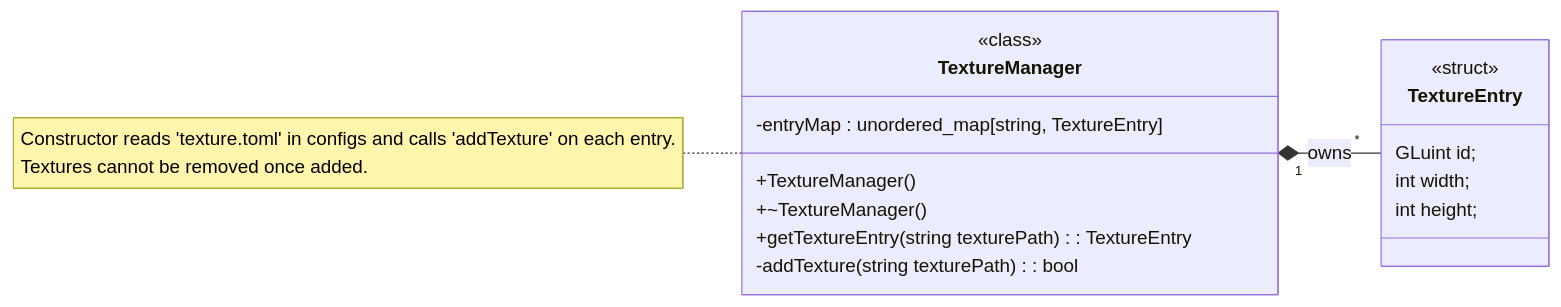
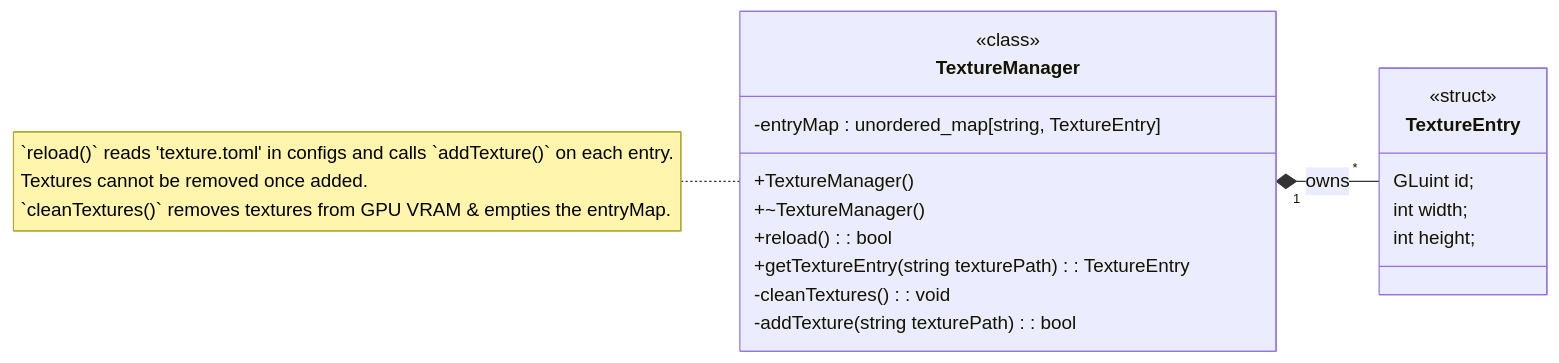
Before and after one commit to Janus9/GLUT-Gladiator: the first of 2 diagrams in documentation/texture_manager/TextureManager.md, drawn with Mermaid. The commit also changed other lines of this file, not shown here.

Commit message:
Updated TextureManager documentation to match revisions from yesterday

````diff
--- a/documentation/texture_manager/TextureManager.md
+++ b/documentation/texture_manager/TextureManager.md
@@ -4,24 +4,27 @@
 ``` mermaid
     classDiagram
         direction LR
         class TextureEntry {
             <<struct>>
             GLuint id;
             int width;
             int height;
         }
 
         class TextureManager {
             <<class>>
             +TextureManager()
             +~TextureManager()
+            +reload() : bool
             +getTextureEntry(string texturePath) : TextureEntry 
 
+            -cleanTextures() : void
             -addTexture(string texturePath) : bool
             -entryMap : unordered_map[string, TextureEntry]
         } 
-        note for TextureManager "Constructor reads 'texture.toml' in configs and calls 'addTexture' on each entry.
-        Textures cannot be removed once added."
+        note for TextureManager "`reload()` reads 'texture.toml' in configs and calls `addTexture()` on each entry.
+        Textures cannot be removed once added.
+        `cleanTextures()` removes textures from GPU VRAM & empties the entryMap."
 
         TextureManager "1" *-- "*" TextureEntry : owns
 ```
````
